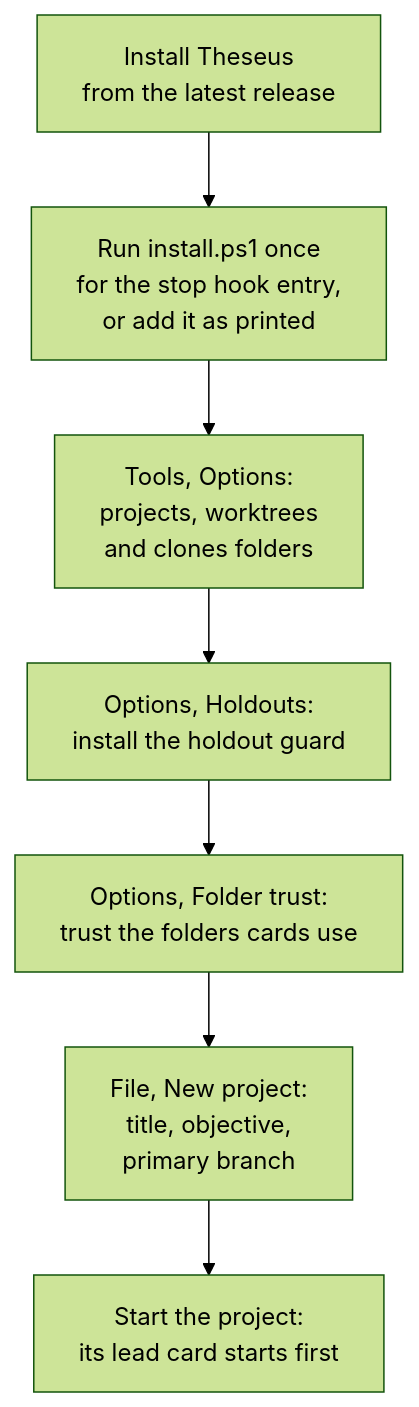
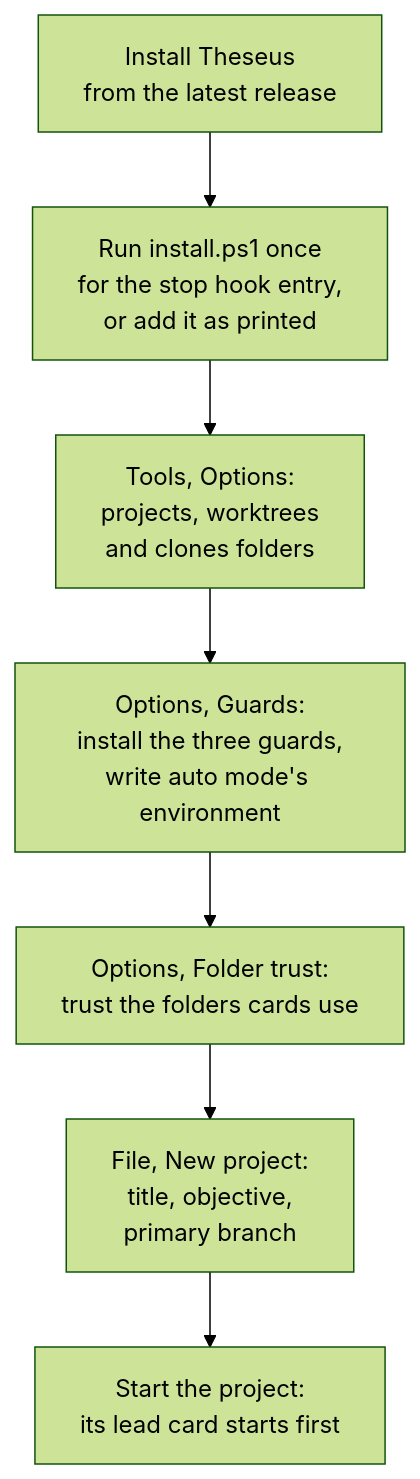
Diagram 41 of 42 in docs/factory-guide.md (nigelbasel/Theseus), drawn with Mermaid (forest theme) before and after one commit. The commit also changed other lines of this file and 349 other files, not shown here.

````diff
--- a/docs/factory-guide.md
+++ b/docs/factory-guide.md
@@ -1482,9 +1515,9 @@
 ```mermaid
 flowchart TB
   A["Install Theseus<br/>from the latest release"] --> B["Run install.ps1 once<br/>for the stop hook entry,<br/>or add it as printed"]
   B --> C["Tools, Options:<br/>projects, worktrees<br/>and clones folders"]
-  C --> D["Options, Holdouts:<br/>install the holdout guard"]
+  C --> D["Options, Guards:<br/>install the three guards,<br/>write auto mode's environment"]
   D --> E["Options, Folder trust:<br/>trust the folders cards use"]
   E --> F["File, New project:<br/>title, objective,<br/>primary branch"]
   F --> G["Start the project:<br/>its lead card starts first"]
 ```
````
